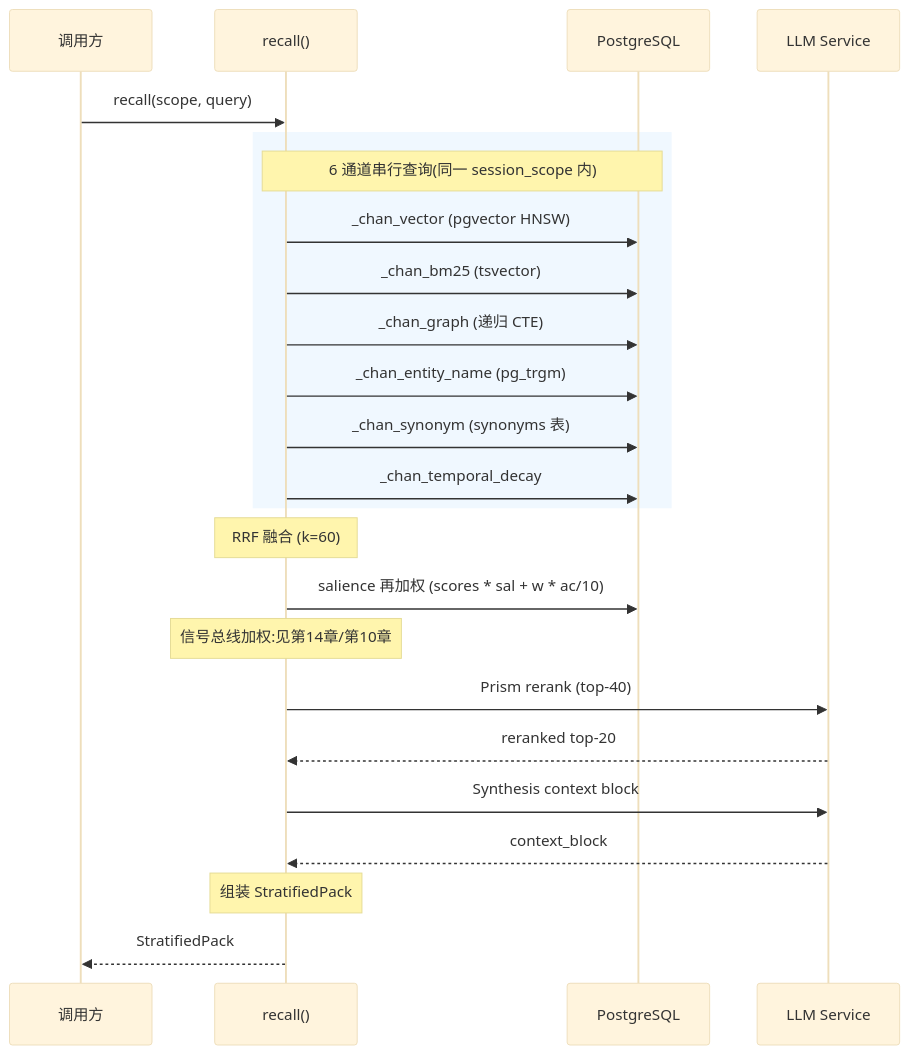
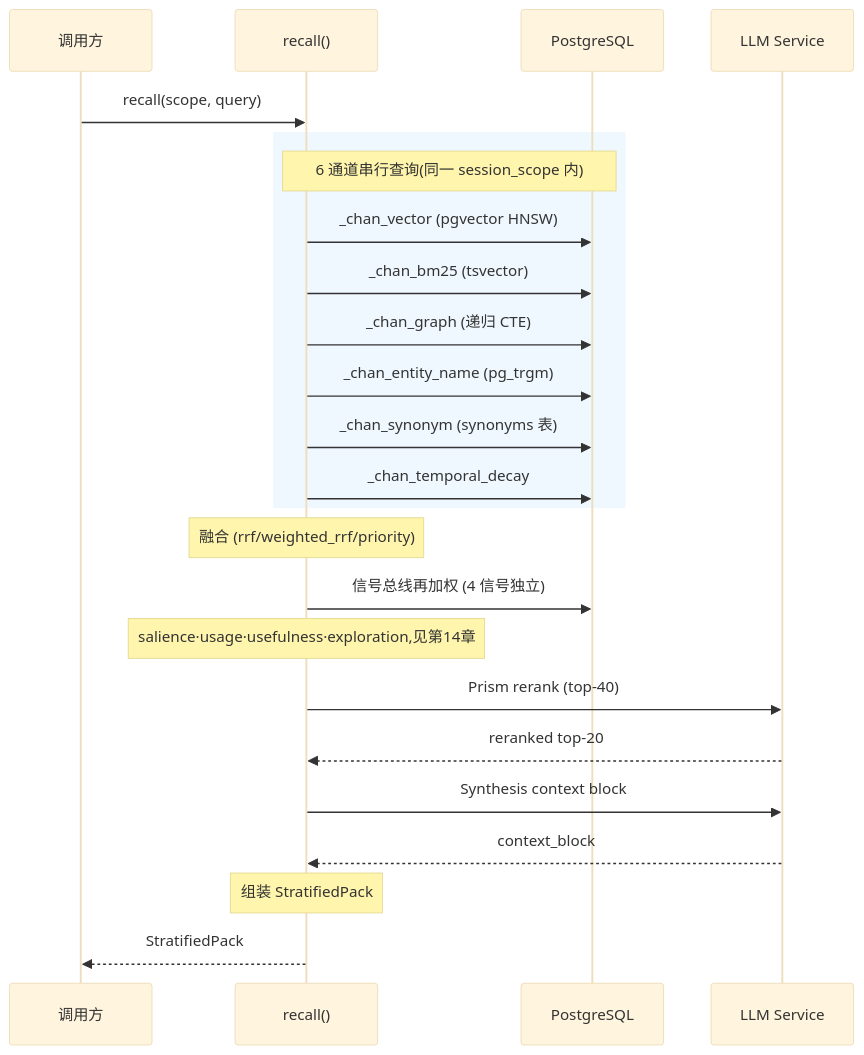
The second of 2 diagrams in source/chapters/16-rrf-fusion.md (pty819/cortex-py-book), drawn with Mermaid (base theme) before and after one commit. The commit also changed other lines of this file and 9 other files, not shown here.

````diff
--- a/source/chapters/16-rrf-fusion.md
+++ b/source/chapters/16-rrf-fusion.md
@@ -119,34 +169,34 @@
 ```{mermaid}
 sequenceDiagram
     participant C as 调用方
     participant R as recall()
     participant DB as PostgreSQL
     participant LLM as LLM Service
     
     C->>R: recall(scope, query)
     
     rect rgb(240,248,255)
         Note over R,DB: 6 通道串行查询(同一 session_scope 内)
         R->>DB: _chan_vector (pgvector HNSW)
         R->>DB: _chan_bm25 (tsvector)
         R->>DB: _chan_graph (递归 CTE)
         R->>DB: _chan_entity_name (pg_trgm)
         R->>DB: _chan_synonym (synonyms 表)
         R->>DB: _chan_temporal_decay
     end
     
-    Note over R: RRF 融合 (k=60)
+    Note over R: 融合 (rrf/weighted_rrf/priority)
 
-    R->>DB: salience 再加权 (scores * sal + w * ac/10)
-    Note over R: 信号总线加权:见第14章/第10章
+    R->>DB: 信号总线再加权 (4 信号独立)
+    Note over R: salience·usage·usefulness·exploration,见第14章
 
     R->>LLM: Prism rerank (top-40)
     LLM-->>R: reranked top-20
     
     R->>LLM: Synthesis context block
     LLM-->>R: context_block
     
     Note over R: 组装 StratifiedPack
     
     R-->>C: StratifiedPack
 ```
````
